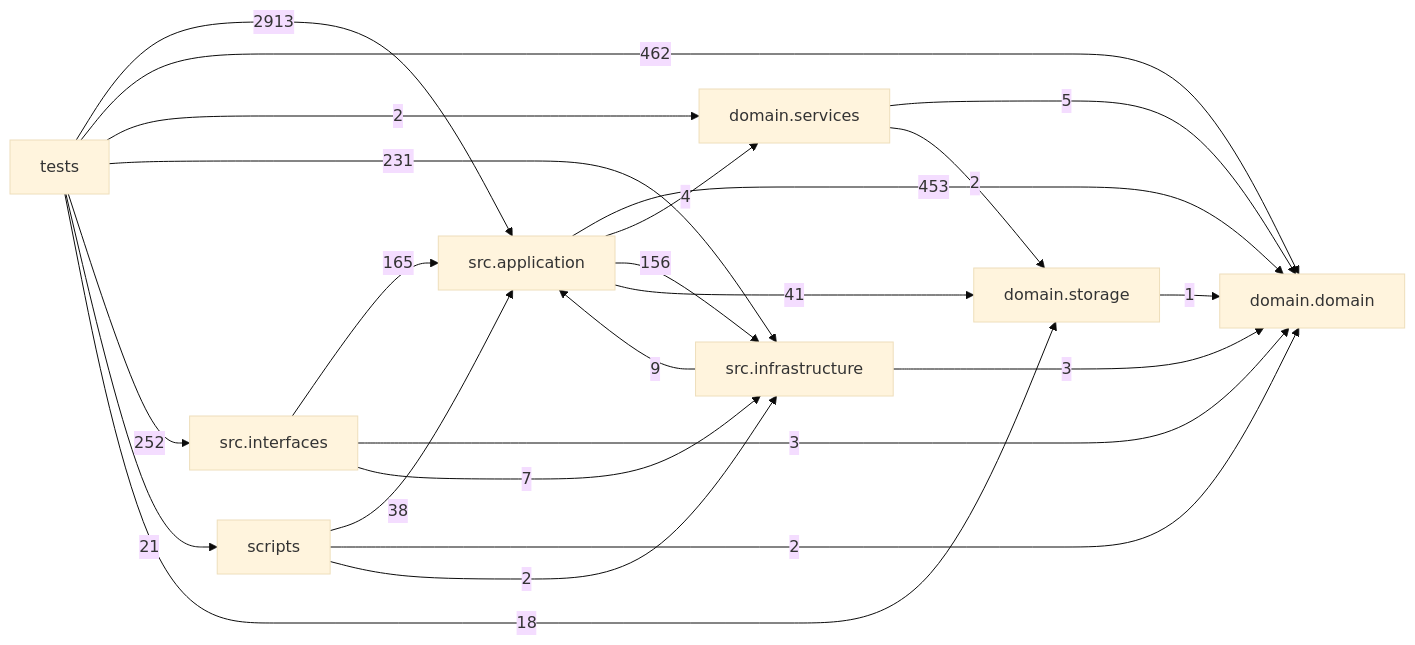
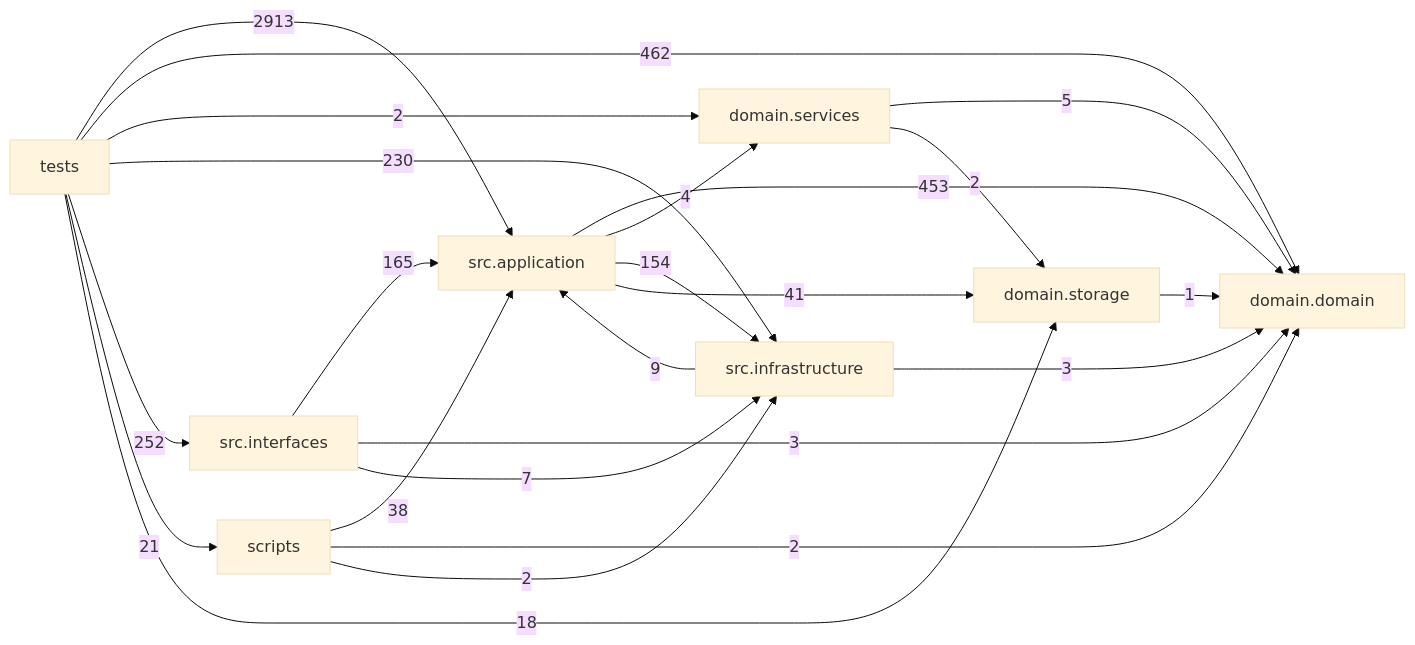
The diagram in docs/DEPENDENCY_GRAPH.md (liuxie066/options-monitor), drawn with Mermaid (base theme) before and after one commit. The commit also changed other lines of this file and 43 other files, not shown here.

````diff
--- a/docs/DEPENDENCY_GRAPH.md
+++ b/docs/DEPENDENCY_GRAPH.md
@@ -24,33 +24,33 @@
 ```mermaid
 flowchart LR
   tests["tests"]
   scripts["scripts"]
   interfaces["src.interfaces"]
   application["src.application"]
   infrastructure["src.infrastructure"]
   domain_services["domain.services"]
   domain["domain.domain"]
   storage["domain.storage"]
   application -->|453| domain
   application -->|4| domain_services
-  application -->|156| infrastructure
+  application -->|154| infrastructure
   application -->|41| storage
   domain_services -->|5| domain
   domain_services -->|2| storage
   infrastructure -->|9| application
   infrastructure -->|3| domain
   interfaces -->|165| application
   interfaces -->|3| domain
   interfaces -->|7| infrastructure
   scripts -->|38| application
   scripts -->|2| domain
   scripts -->|2| infrastructure
   storage -->|1| domain
   tests -->|2913| application
   tests -->|462| domain
   tests -->|2| domain_services
-  tests -->|231| infrastructure
+  tests -->|230| infrastructure
   tests -->|252| interfaces
   tests -->|21| scripts
   tests -->|18| storage
 ```
````
